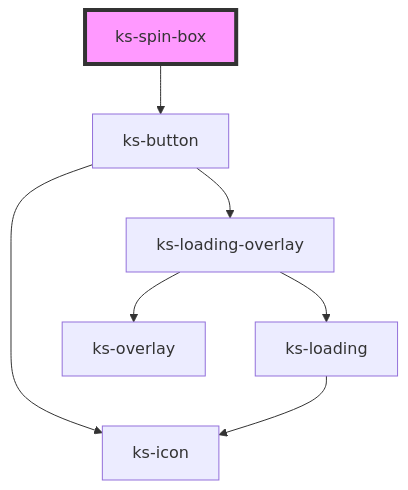
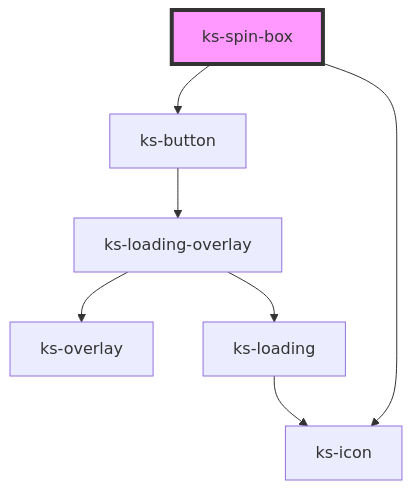
One commit to kickstand-ui/kickstand-ui changed the diagram in src/scripts/components/spin-box/readme.md. Above: the diagram before and after it, drawn with Mermaid. The commit also changed other lines of this file and 26 other files, not shown here.

Commit message:
remove icon from button

````diff
--- a/src/scripts/components/spin-box/readme.md
+++ b/src/scripts/components/spin-box/readme.md
@@ -34,10 +35,10 @@
 ```mermaid
 graph TD;
   ks-spin-box --> ks-button
-  ks-button --> ks-icon
+  ks-spin-box --> ks-icon
   ks-button --> ks-loading-overlay
   ks-loading-overlay --> ks-overlay
   ks-loading-overlay --> ks-loading
   ks-loading --> ks-icon
   style ks-spin-box fill:#f9f,stroke:#333,stroke-width:4px
 ```
````
